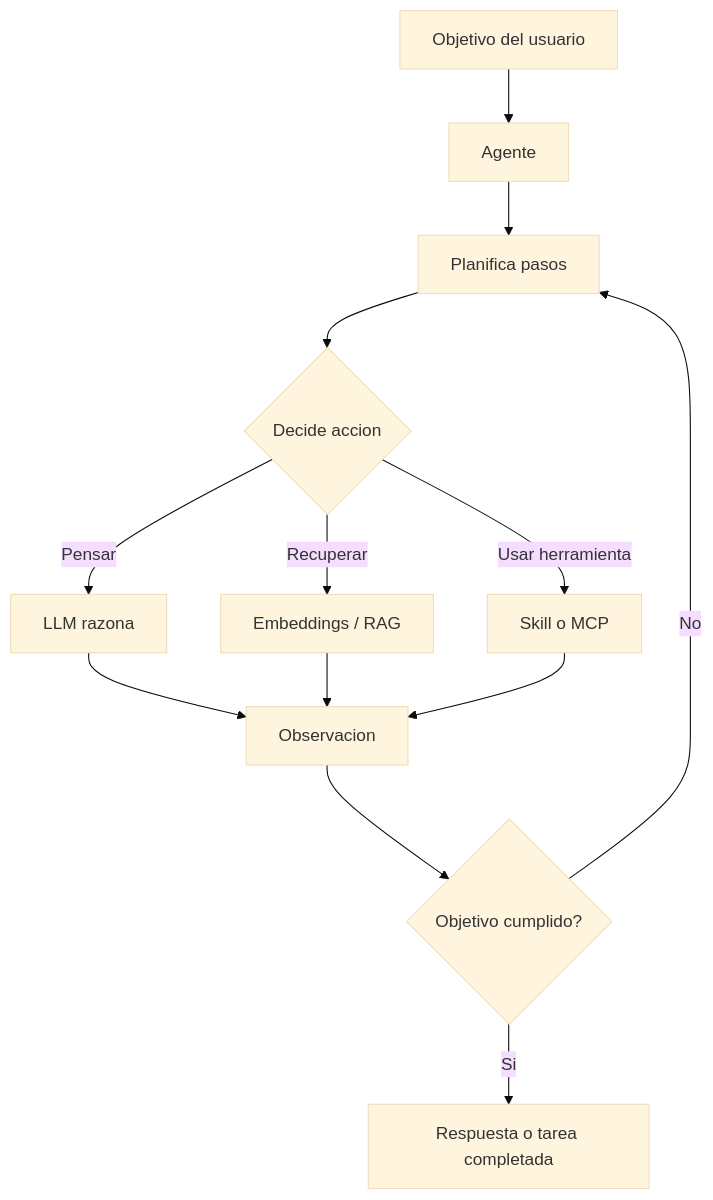
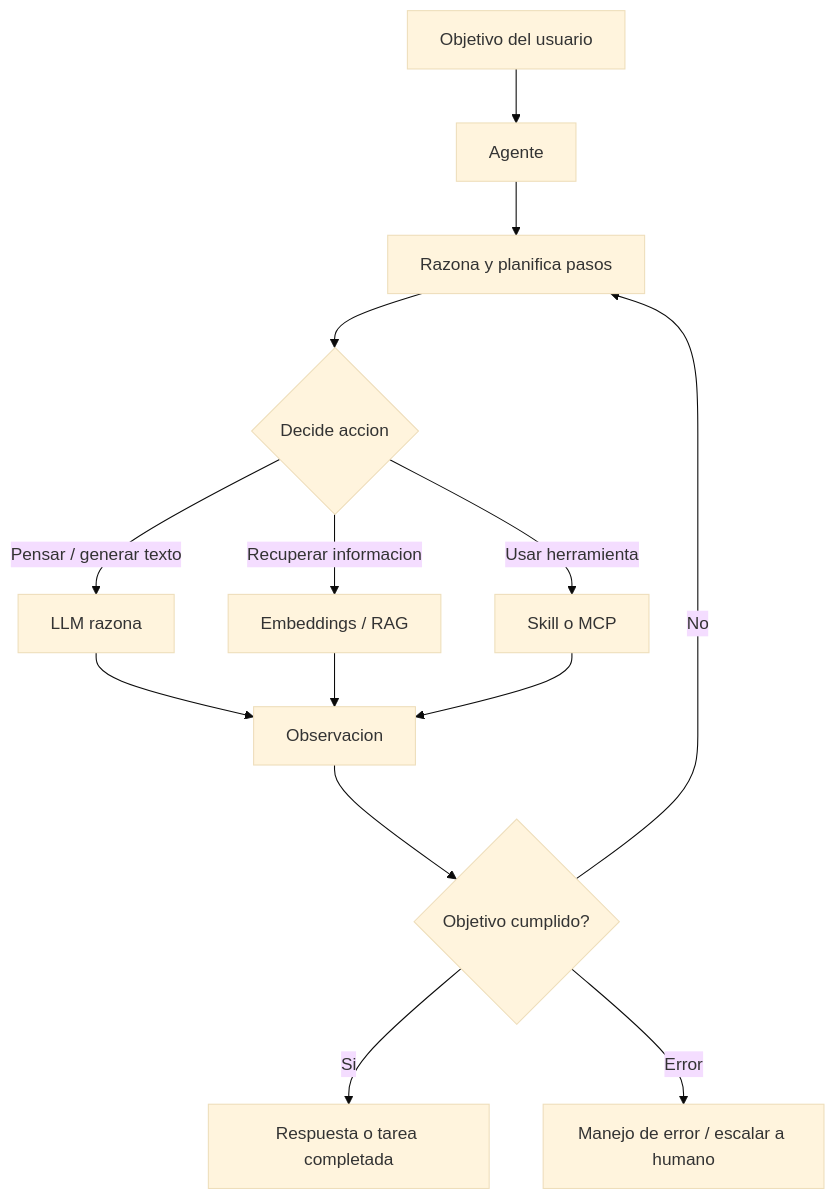
Before and after one commit to jjrosalesuci/ia: the diagram in Conceptos/11-agente.md, drawn with Mermaid (base theme). The commit also changed other lines of this file and 7 other files, not shown here.

````diff
--- a/Conceptos/11-agente.md
+++ b/Conceptos/11-agente.md
@@ -48,15 +126,16 @@
 ```mermaid
 flowchart TD
     GOAL[Objetivo del usuario] --> AG[Agente]
-    AG --> PLAN[Planifica pasos]
+    AG --> PLAN[Razona y planifica pasos]
     PLAN --> ACT{Decide accion}
-    ACT -->|Pensar| LLM[LLM razona]
-    ACT -->|Recuperar| EMB[Embeddings / RAG]
+    ACT -->|Pensar / generar texto| LLM[LLM razona]
+    ACT -->|Recuperar informacion| EMB[Embeddings / RAG]
     ACT -->|Usar herramienta| TOOL[Skill o MCP]
     LLM --> OBS[Observacion]
     EMB --> OBS
     TOOL --> OBS
     OBS --> CHECK{Objetivo cumplido?}
     CHECK -- No --> PLAN
     CHECK -- Si --> RESP[Respuesta o tarea completada]
+    CHECK -- Error --> ERR[Manejo de error / escalar a humano]
 ```
````
